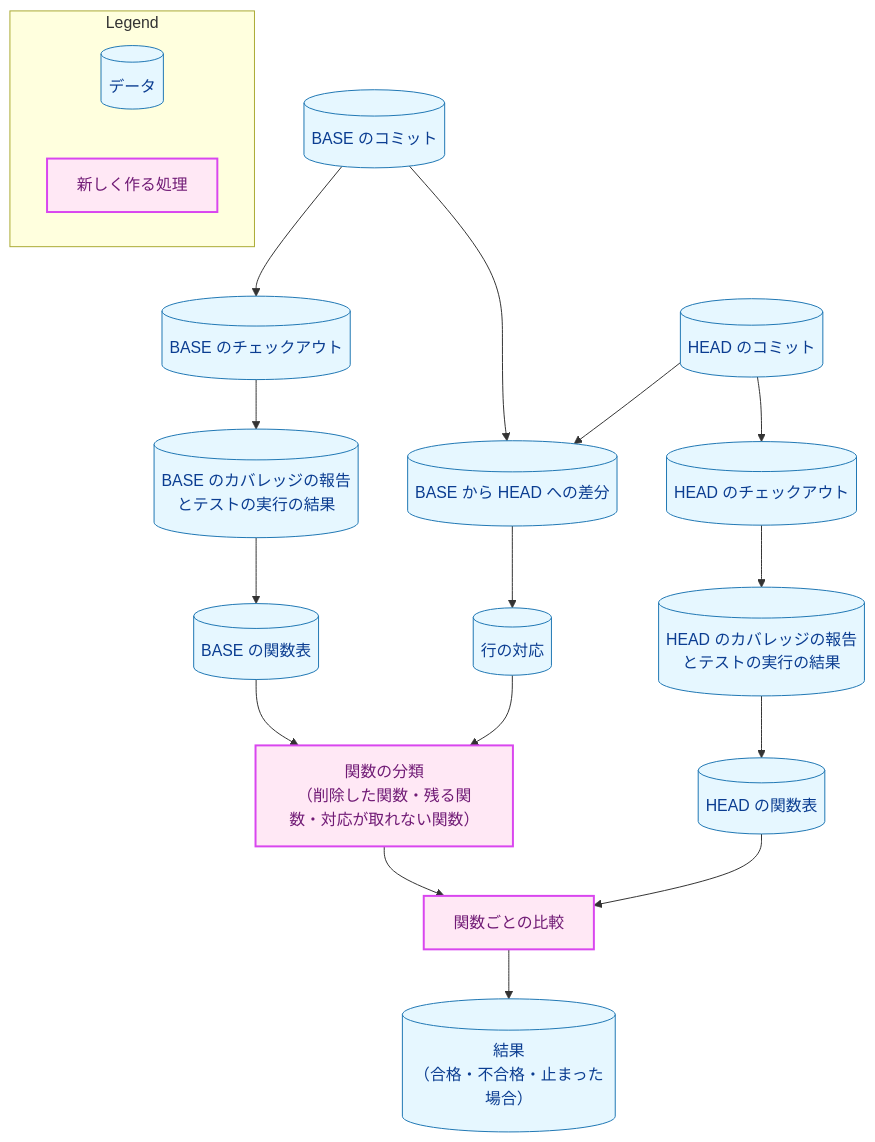
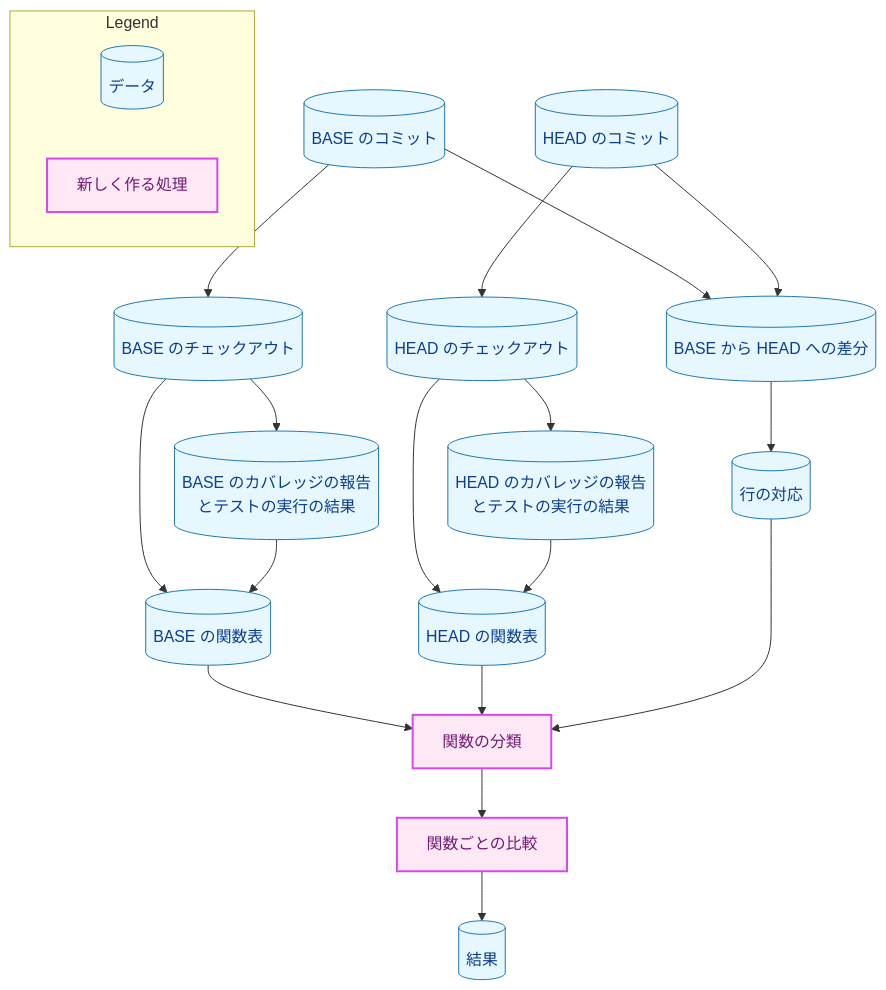
Before and after one commit to isseis/yt2column: the first of 4 diagrams in docs/tasks/0055_coverage_compare/02_architecture.md, drawn with Mermaid. The commit also changed other lines of this file, not shown here.

First line of the commit message:
docs(0055): address the architecture review and Japanese prose findings

````diff
--- a/docs/tasks/0055_coverage_compare/02_architecture.md
+++ b/docs/tasks/0055_coverage_compare/02_architecture.md
@@ -36,40 +37,46 @@
 ```mermaid
 flowchart TD
     classDef data fill:#e6f7ff,stroke:#1f77b4,stroke-width:1px,color:#0b3d91;
     classDef newpkg fill:#ffe8f5,stroke:#d946ef,stroke-width:2px,color:#701a75;
 
     BASEC[("BASE のコミット")]
     HEADC[("HEAD のコミット")]
     BCO[("BASE のチェックアウト")]
     HCO[("HEAD のチェックアウト")]
     BREP[("BASE のカバレッジの報告<br>とテストの実行の結果")]
     HREP[("HEAD のカバレッジの報告<br>とテストの実行の結果")]
     BTAB[("BASE の関数表")]
     HTAB[("HEAD の関数表")]
     DIFF[("BASE から HEAD への差分")]
     MAP[("行の対応")]
-    CLS["関数の分類<br>（削除した関数・残る関数・対応が取れない関数）"]
+    CLS["関数の分類"]
     CMP["関数ごとの比較"]
-    RES[("結果<br>（合格・不合格・止まった場合）")]
+    RES[("結果")]
 
-    BASEC --> BCO --> BREP --> BTAB
-    HEADC --> HCO --> HREP --> HTAB
+    BASEC --> BCO
+    HEADC --> HCO
+    BCO --> BREP
+    HCO --> HREP
+    BCO --> BTAB
+    BREP --> BTAB
+    HCO --> HTAB
+    HREP --> HTAB
     BASEC --> DIFF
     HEADC --> DIFF
     DIFF --> MAP
     BTAB --> CLS
+    HTAB --> CLS
     MAP --> CLS
     CLS --> CMP
-    HTAB --> CMP
     CMP --> RES
 
     class BASEC,HEADC,BCO,HCO,BREP,HREP,BTAB,HTAB,DIFF,MAP,RES data
     class CLS,CMP newpkg
 
     subgraph Legend["Legend"]
         L1[("データ")]
         L2["新しく作る処理"]
     end
     class L1 data
     class L2 newpkg
 ```
````
